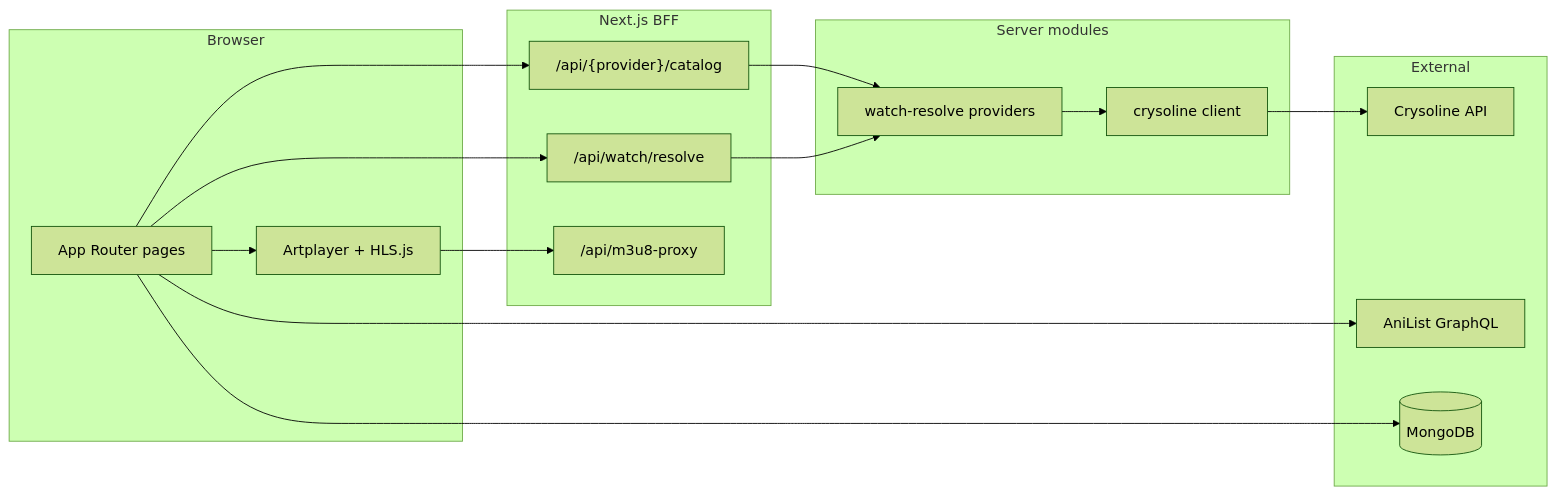
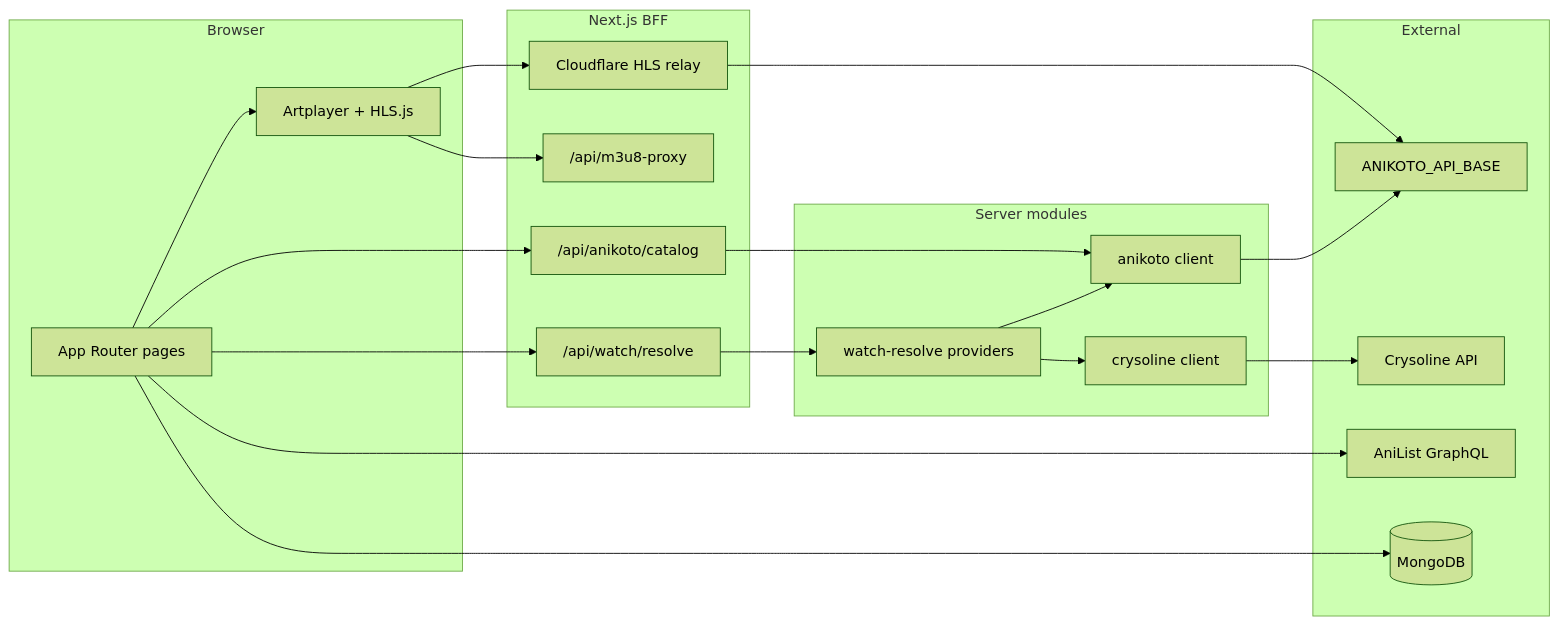
One commit to Pashahu1/OtakuFusion changed the diagram in README.md. Above: the diagram before and after it, drawn with Mermaid (forest theme). The commit also changed other lines of this file and 20 other files, not shown here.

First line of the commit message:
feat(watch): polish Anikoto playback, Continue resume, and HLS relay

````diff
--- a/README.md
+++ b/README.md
@@ -92,35 +106,42 @@
 ```mermaid
 flowchart LR
   subgraph client [Browser]
     Pages[App Router pages]
     Player[Artplayer + HLS.js]
     Pages --> Player
   end
 
   subgraph bff [Next.js BFF]
-    Catalog["/api/{provider}/catalog"]
+    AnikotoCatalog["/api/anikoto/catalog"]
     Resolve["/api/watch/resolve"]
     Proxy["/api/m3u8-proxy"]
+    Relay["Cloudflare HLS relay"]
   end
 
   subgraph server [Server modules]
     WR[watch-resolve providers]
+    AnikotoClient[anikoto client]
     Cryo[crysoline client]
+    WR --> AnikotoClient
     WR --> Cryo
   end
 
   subgraph external [External]
+    AnikotoAPI[ANIKOTO_API_BASE]
     Crysoline[Crysoline API]
     AniList[AniList GraphQL]
     DB[(MongoDB)]
   end
 
-  Pages --> Catalog
+  Pages --> AnikotoCatalog
   Pages --> Resolve
+  Player --> Relay
   Player --> Proxy
-  Catalog --> WR
+  AnikotoCatalog --> AnikotoClient
   Resolve --> WR
+  AnikotoClient --> AnikotoAPI
   Cryo --> Crysoline
+  Relay --> AnikotoAPI
   Pages --> AniList
   Pages --> DB
 ```
````
